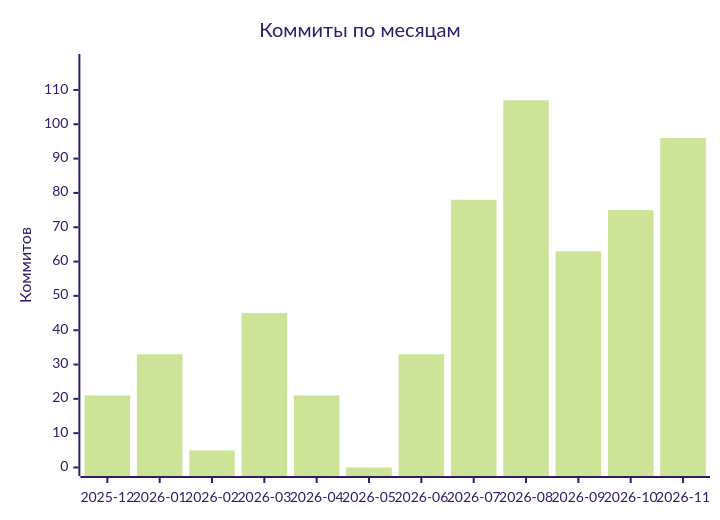
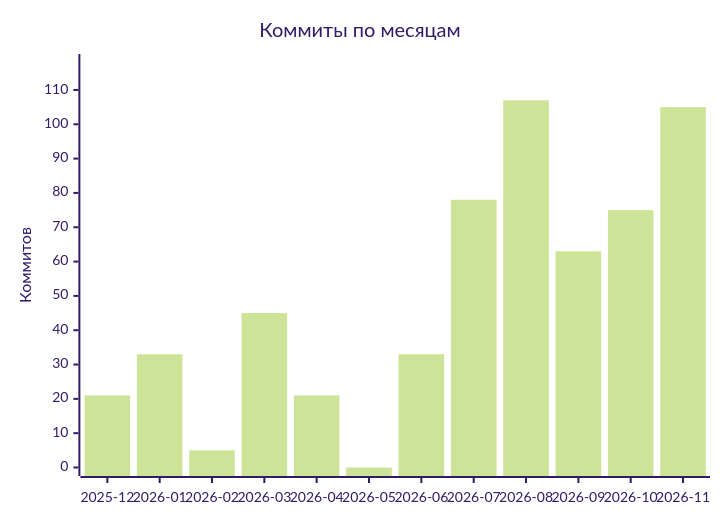
Before and after one commit to malexple/malexple: the diagram in README.md, drawn with Mermaid (forest theme). The commit also changed other lines of this file and 1 other file, not shown here.

````diff
--- a/README.md
+++ b/README.md
@@ -363,7 +363,7 @@
 ```mermaid
 xychart-beta
     title "Коммиты по месяцам"
     x-axis ["2025-12", "2026-01", "2026-02", "2026-03", "2026-04", "2026-05", "2026-06", "2026-07", "2026-08", "2026-09", "2026-10", "2026-11"]
     y-axis "Коммитов" 0 --> 118
-    bar [21, 33, 5, 45, 21, 0, 33, 78, 107, 63, 75, 96]
+    bar [21, 33, 5, 45, 21, 0, 33, 78, 107, 63, 75, 105]
 ```
````
